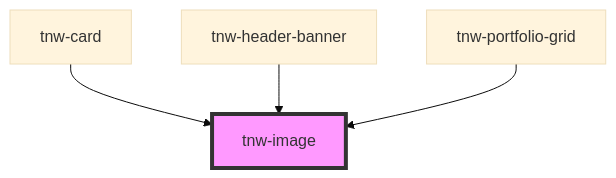
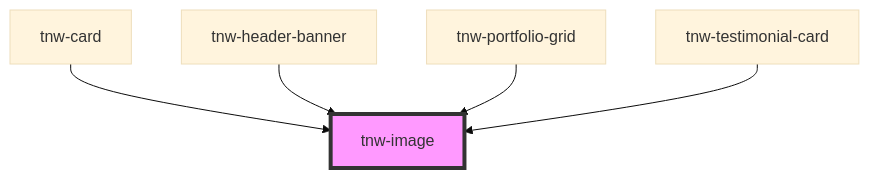
One commit to technway/technway-component-library changed the diagram in packages/stencil-library/src/components/tnw-image/readme.md. Above: the diagram before and after it, drawn with Mermaid (base theme). The commit also changed other lines of this file and 26 other files, not shown here.

Commit message:
feat(components): create new 'tnw-testimonial-card' and 'tnw-multi-row-carousel' components

````diff
--- a/packages/stencil-library/src/components/tnw-image/readme.md
+++ b/packages/stencil-library/src/components/tnw-image/readme.md
@@ -87,7 +88,8 @@
 ```mermaid
 graph TD;
   tnw-card --> tnw-image
   tnw-header-banner --> tnw-image
   tnw-portfolio-grid --> tnw-image
+  tnw-testimonial-card --> tnw-image
   style tnw-image fill:#f9f,stroke:#333,stroke-width:4px
 ```
````
